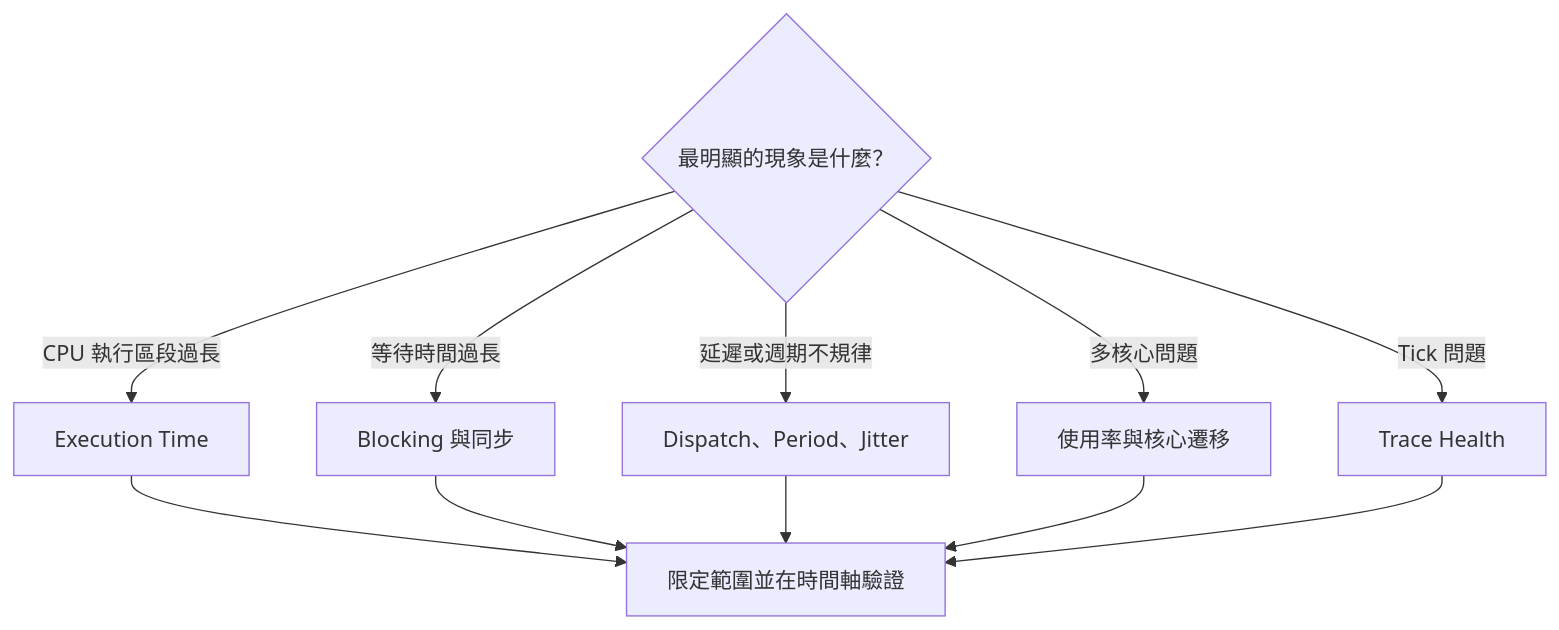
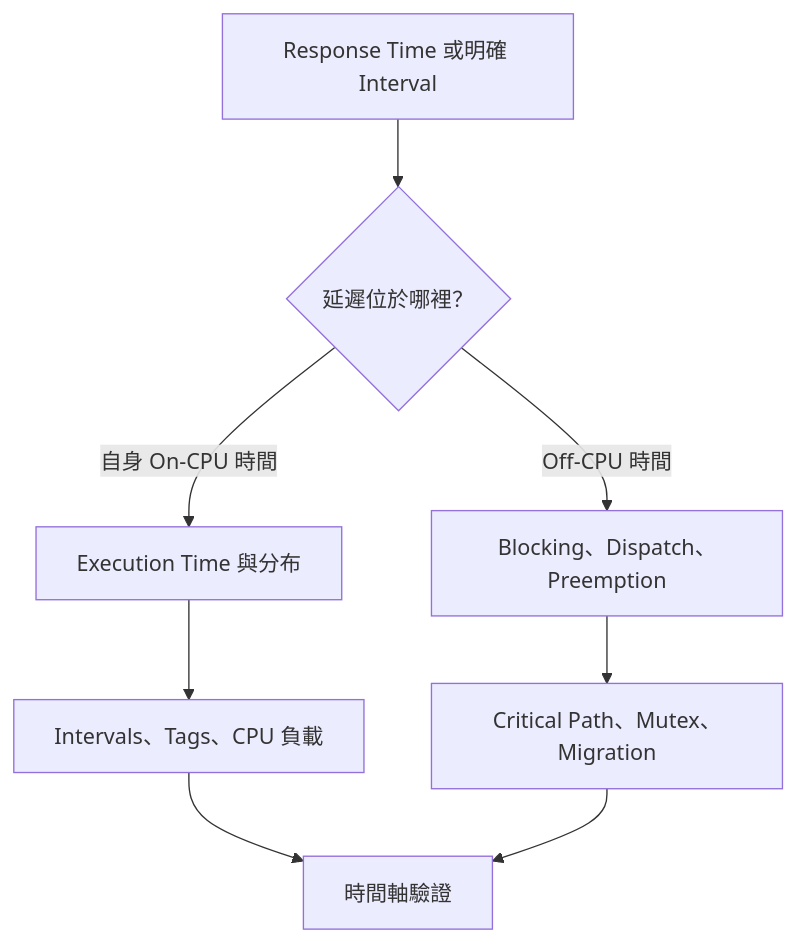
Before and after one commit to kuopinghsu/FreeRTOS-BTF-Trace: the second of 6 diagrams in BTFViewer/WORKFLOWS_zh-TW.md, drawn with Mermaid. The commit also changed other lines of this file and 112 other files, not shown here.

````diff
--- a/BTFViewer/WORKFLOWS_zh-TW.md
+++ b/BTFViewer/WORKFLOWS_zh-TW.md
@@ -167,14 +303,10 @@
 ```mermaid
 flowchart TD
-  symptom{"最明顯的現象是什麼？"}
-  symptom -->|CPU 執行區段過長| execution["Execution Time"]
-  symptom -->|等待時間過長| blocking["Blocking 與同步"]
-  symptom -->|延遲或週期不規律| timing["Dispatch、Period、Jitter"]
-  symptom -->|多核心問題| smp["使用率與核心遷移"]
-  symptom -->|Tick 問題| tick["Trace Health"]
-  execution --> verify["限定範圍並在時間軸驗證"]
-  blocking --> verify
-  timing --> verify
-  smp --> verify
-  tick --> verify
+  response["Response Time 或明確 Interval"] --> split{"延遲位於哪裡？"}
+  split -->|自身 On-CPU 時間| execution["Execution Time 與分布"]
+  split -->|Off-CPU 時間| offcpu["Blocking、Dispatch、Preemption"]
+  execution --> detail["Intervals、Tags、CPU 負載"]
+  offcpu --> schedsync["Critical Path、Mutex、Migration"]
+  detail --> timeline["時間軸驗證"]
+  schedsync --> timeline
 ```
````
